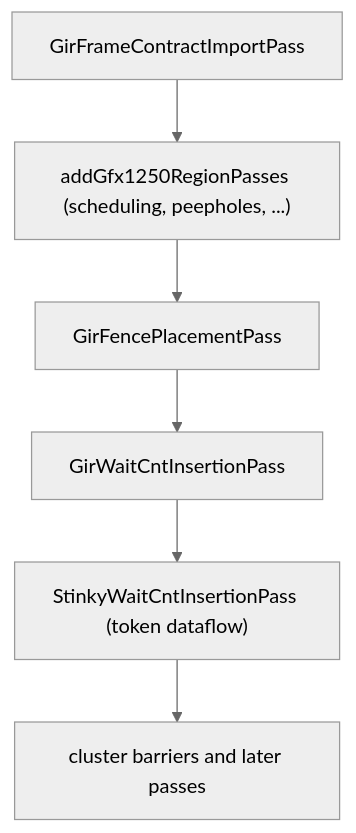
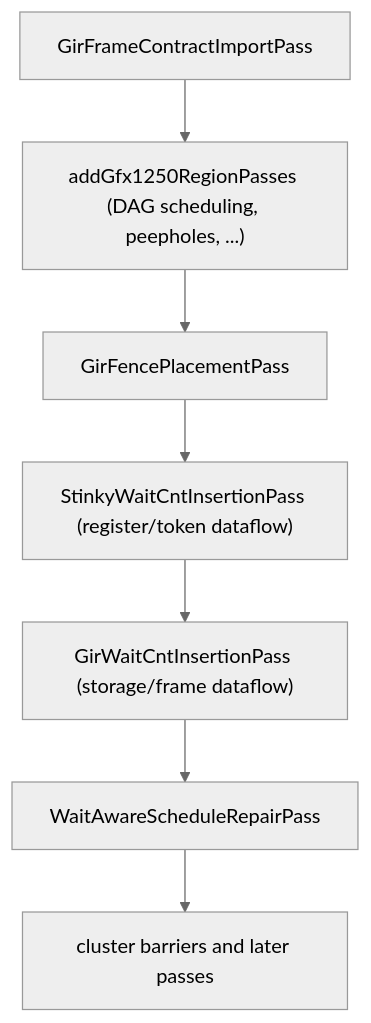
The diagram in shared/stinkytofu/docs/developer/gir-frame-passes.md (chengchingwen/rocm-libraries), drawn with Mermaid (neutral theme) before and after one commit. The commit also changed other lines of this file, not shown here.

````diff
--- a/shared/stinkytofu/docs/developer/gir-frame-passes.md
+++ b/shared/stinkytofu/docs/developer/gir-frame-passes.md
@@ -28,8 +32,9 @@
 ```mermaid
 flowchart TD
-  imp["GirFrameContractImportPass"] --> region["addGfx1250RegionPasses (scheduling, peepholes, ...)"]
+  imp["GirFrameContractImportPass"] --> region["addGfx1250RegionPasses (DAG scheduling, peepholes, ...)"]
   region --> fence["GirFencePlacementPass"]
-  fence --> gwait["GirWaitCntInsertionPass"]
-  gwait --> swait["StinkyWaitCntInsertionPass (token dataflow)"]
-  swait --> later["cluster barriers and later passes"]
+  fence --> swait["StinkyWaitCntInsertionPass (register/token dataflow)"]
+  swait --> gwait["GirWaitCntInsertionPass (storage/frame dataflow)"]
+  gwait --> repair["WaitAwareScheduleRepairPass"]
+  repair --> later["cluster barriers and later passes"]
 ```
````
